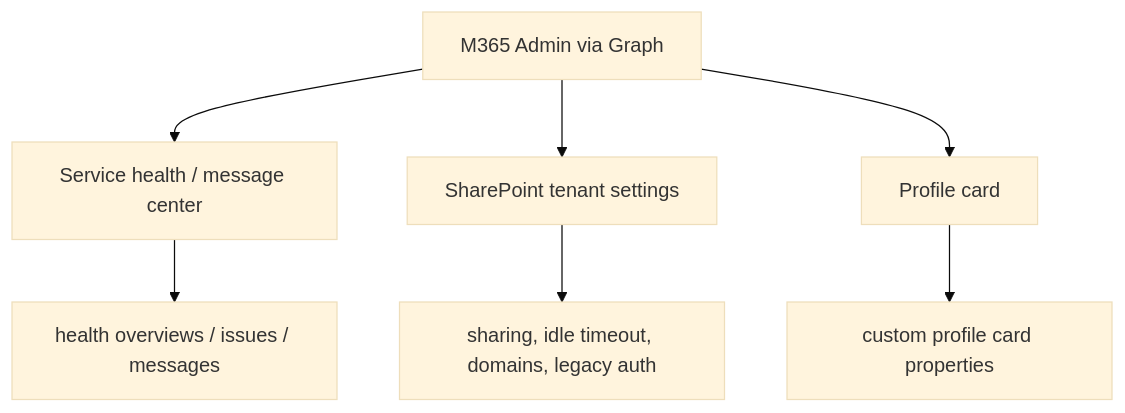
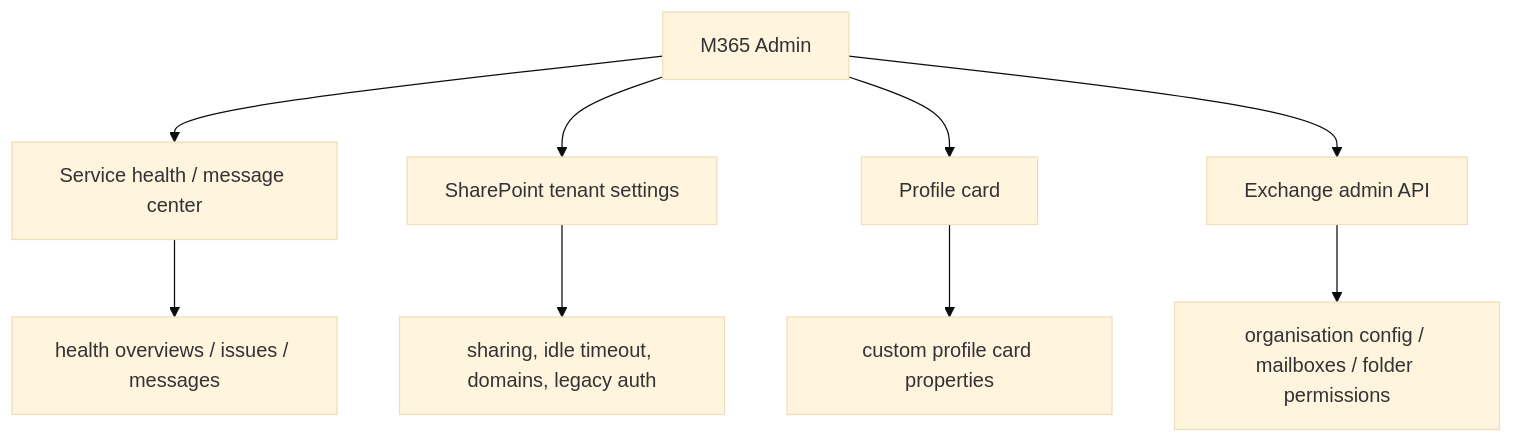
One commit to vgrem/office365-rest-python-client changed the diagram in examples/admin/README.md. Above: the diagram before and after it, drawn with Mermaid (base theme). The commit also changed other lines of this file, not shown here.

First line of the commit message:
The gallery says which Exchange script to run first, and why

````diff
--- a/examples/admin/README.md
+++ b/examples/admin/README.md
@@ -27,9 +28,11 @@
 ```mermaid
 graph TD
-    A[M365 Admin via Graph] --> B[Service health / message center]
+    A[M365 Admin] --> B[Service health / message center]
     A --> C[SharePoint tenant settings]
     A --> D[Profile card]
+    A --> E[Exchange admin API]
     B --> B1[health overviews / issues / messages]
     C --> C1[sharing, idle timeout, domains, legacy auth]
     D --> D1[custom profile card properties]
+    E --> E1[organisation config / mailboxes / folder permissions]
 ```
````
